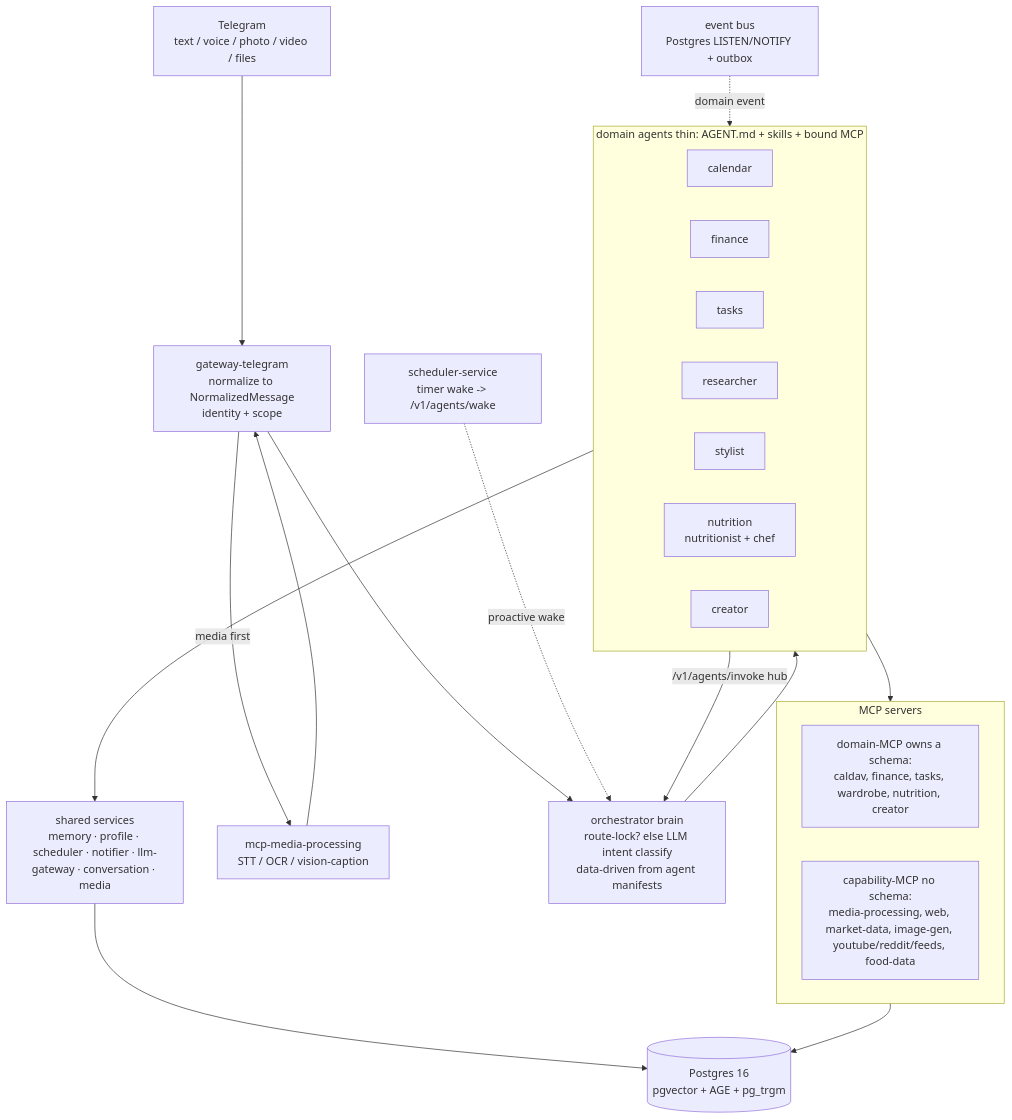
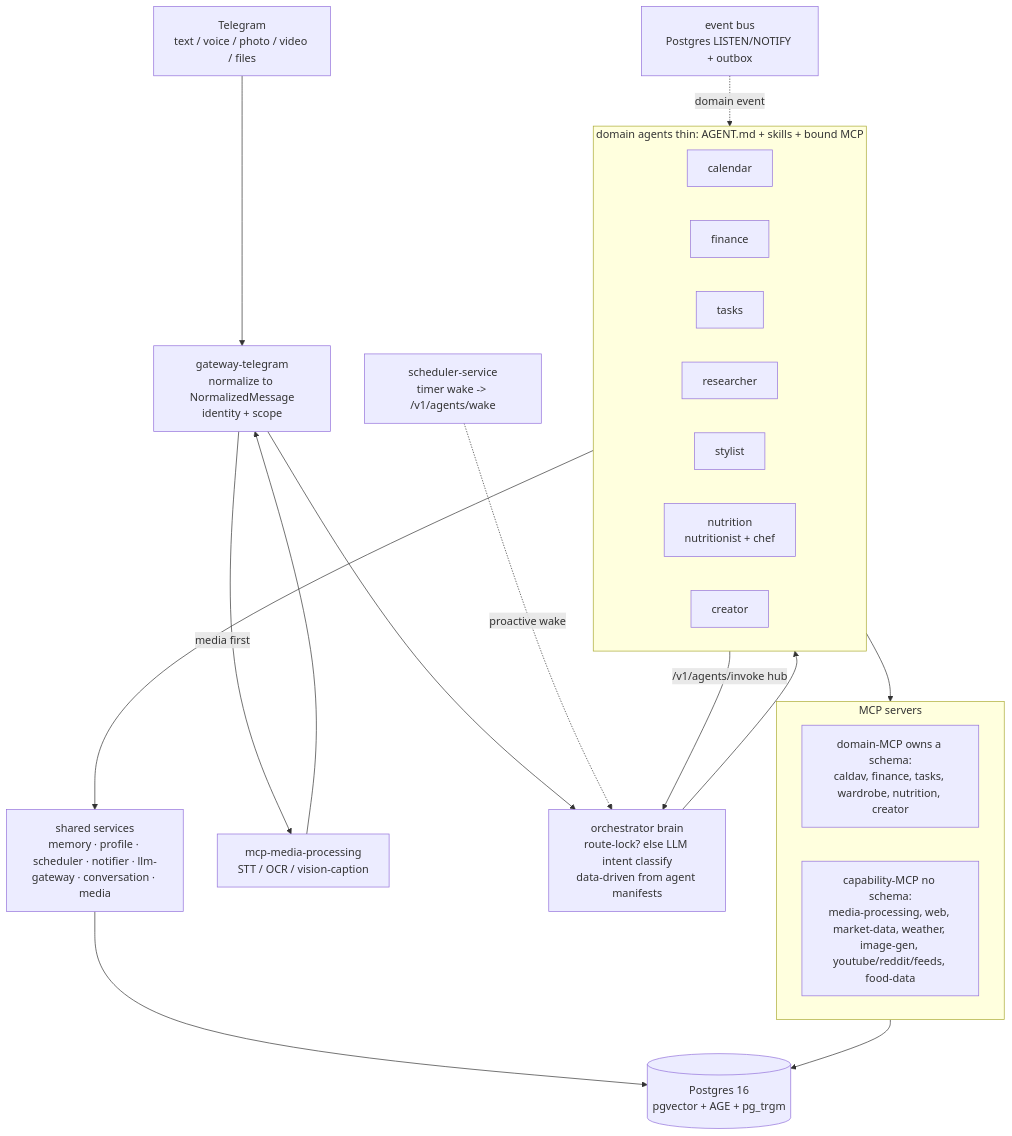
One commit to fedoroff-vlad/ai-life changed the diagram in docs/REFERENCE.md. Above: the diagram before and after it, drawn with Mermaid. The commit also changed other lines of this file and 3 other files, not shown here.

````diff
--- a/docs/REFERENCE.md
+++ b/docs/REFERENCE.md
@@ -25,37 +25,37 @@
 ```mermaid
 flowchart TD
     TG[Telegram<br/>text / voice / photo / video / files]
     GW[gateway-telegram<br/>normalize to NormalizedMessage<br/>identity + scope]
     MP[mcp-media-processing<br/>STT / OCR / vision-caption]
     ORCH[orchestrator brain<br/>route-lock? else LLM intent classify<br/>data-driven from agent manifests]
     subgraph AG[domain agents thin: AGENT.md + skills + bound MCP]
       CAL[calendar]
       FIN[finance]
       TASK[tasks]
       RES[researcher]
       STY[stylist]
       NUT[nutrition<br/>nutritionist + chef]
       CRE[creator]
     end
     subgraph MCPS[MCP servers]
       DM[domain-MCP owns a schema:<br/>caldav, finance, tasks, wardrobe, nutrition, creator]
-      CM[capability-MCP no schema:<br/>media-processing, web, market-data, image-gen, youtube/reddit/feeds, food-data]
+      CM[capability-MCP no schema:<br/>media-processing, web, market-data, weather, image-gen, youtube/reddit/feeds, food-data]
     end
     SVC[shared services<br/>memory · profile · scheduler · notifier · llm-gateway · conversation · media]
     PG[(Postgres 16<br/>pgvector + AGE + pg_trgm)]
     SCHED[scheduler-service<br/>timer wake -> /v1/agents/wake]
     BUS[event bus<br/>Postgres LISTEN/NOTIFY + outbox]
 
     TG --> GW
     GW -->|media first| MP
     MP --> GW
     GW --> ORCH
     SCHED -.proactive wake.-> ORCH
     BUS -.domain event.-> AG
     ORCH --> AG
     AG -->|/v1/agents/invoke hub| ORCH
     AG --> MCPS
     AG --> SVC
     MCPS --> PG
     SVC --> PG
 ```
````
